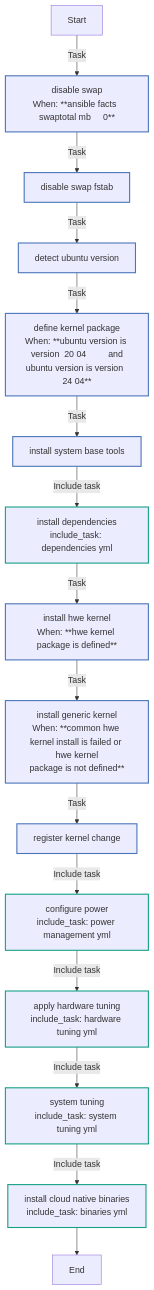
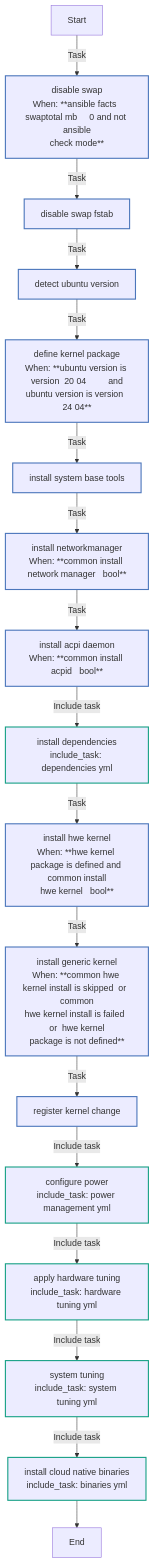
One commit to rou-cru/k3s-homelab changed the fifth of 9 diagrams in roles/common/README.md. Above: the diagram before and after it, drawn with Mermaid. The commit also changed other lines of this file and 57 other files, not shown here.

````diff
--- a/roles/common/README.md
+++ b/roles/common/README.md
@@ -565,27 +619,29 @@
 ```mermaid
 flowchart TD
 Start
 classDef block stroke:#3498db,stroke-width:2px;
 classDef task stroke:#4b76bb,stroke-width:2px;
 classDef includeTasks stroke:#16a085,stroke-width:2px;
 classDef importTasks stroke:#34495e,stroke-width:2px;
 classDef includeRole stroke:#2980b9,stroke-width:2px;
 classDef importRole stroke:#699ba7,stroke-width:2px;
 classDef includeVars stroke:#8e44ad,stroke-width:2px;
 classDef rescue stroke:#665352,stroke-width:2px;
 
-  Start-->|Task| Disable_swap0[disable swap<br>When: **ansible facts  swaptotal mb     0**]:::task
+  Start-->|Task| Disable_swap0[disable swap<br>When: **ansible facts  swaptotal mb     0 and not ansible<br>check mode**]:::task
   Disable_swap0-->|Task| Disable_swap__fstab_1[disable swap  fstab ]:::task
   Disable_swap__fstab_1-->|Task| Detect_Ubuntu_version2[detect ubuntu version]:::task
   Detect_Ubuntu_version2-->|Task| Define_kernel_package3[define kernel package<br>When: **ubuntu version is version  20 04         and<br>ubuntu version is version  24 04**]:::task
   Define_kernel_package3-->|Task| Install_system_base_tools4[install system base tools]:::task
-  Install_system_base_tools4-->|Include task| Install_dependencies_dependencies_yml_5[install dependencies<br>include_task: dependencies yml]:::includeTasks
-  Install_dependencies_dependencies_yml_5-->|Task| Install_HWE_kernel6[install hwe kernel<br>When: **hwe kernel package is defined**]:::task
-  Install_HWE_kernel6-->|Task| Install_generic_kernel7[install generic kernel<br>When: **common hwe kernel install is failed or hwe kernel<br>package is not defined**]:::task
-  Install_generic_kernel7-->|Task| Register_kernel_change8[register kernel change]:::task
-  Register_kernel_change8-->|Include task| Configure_power_power_management_yml_9[configure power<br>include_task: power management yml]:::includeTasks
-  Configure_power_power_management_yml_9-->|Include task| Apply_hardware_tuning_hardware_tuning_yml_10[apply hardware tuning<br>include_task: hardware tuning yml]:::includeTasks
-  Apply_hardware_tuning_hardware_tuning_yml_10-->|Include task| System_Tuning_system_tuning_yml_11[system tuning<br>include_task: system tuning yml]:::includeTasks
-  System_Tuning_system_tuning_yml_11-->|Include task| Install_Cloud_Native_Binaries_binaries_yml_12[install cloud native binaries<br>include_task: binaries yml]:::includeTasks
-  Install_Cloud_Native_Binaries_binaries_yml_12-->End
+  Install_system_base_tools4-->|Task| Install_NetworkManager5[install networkmanager<br>When: **common install network manager   bool**]:::task
+  Install_NetworkManager5-->|Task| Install_ACPI_daemon6[install acpi daemon<br>When: **common install acpid   bool**]:::task
+  Install_ACPI_daemon6-->|Include task| Install_dependencies_dependencies_yml_7[install dependencies<br>include_task: dependencies yml]:::includeTasks
+  Install_dependencies_dependencies_yml_7-->|Task| Install_HWE_kernel8[install hwe kernel<br>When: **hwe kernel package is defined and common install<br>hwe kernel   bool**]:::task
+  Install_HWE_kernel8-->|Task| Install_generic_kernel9[install generic kernel<br>When: **common hwe kernel install is skipped  or  common<br>hwe kernel install is failed  or  hwe kernel<br>package is not defined**]:::task
+  Install_generic_kernel9-->|Task| Register_kernel_change10[register kernel change]:::task
+  Register_kernel_change10-->|Include task| Configure_power_power_management_yml_11[configure power<br>include_task: power management yml]:::includeTasks
+  Configure_power_power_management_yml_11-->|Include task| Apply_hardware_tuning_hardware_tuning_yml_12[apply hardware tuning<br>include_task: hardware tuning yml]:::includeTasks
+  Apply_hardware_tuning_hardware_tuning_yml_12-->|Include task| System_Tuning_system_tuning_yml_13[system tuning<br>include_task: system tuning yml]:::includeTasks
+  System_Tuning_system_tuning_yml_13-->|Include task| Install_Cloud_Native_Binaries_binaries_yml_14[install cloud native binaries<br>include_task: binaries yml]:::includeTasks
+  Install_Cloud_Native_Binaries_binaries_yml_14-->End
 ```
````
